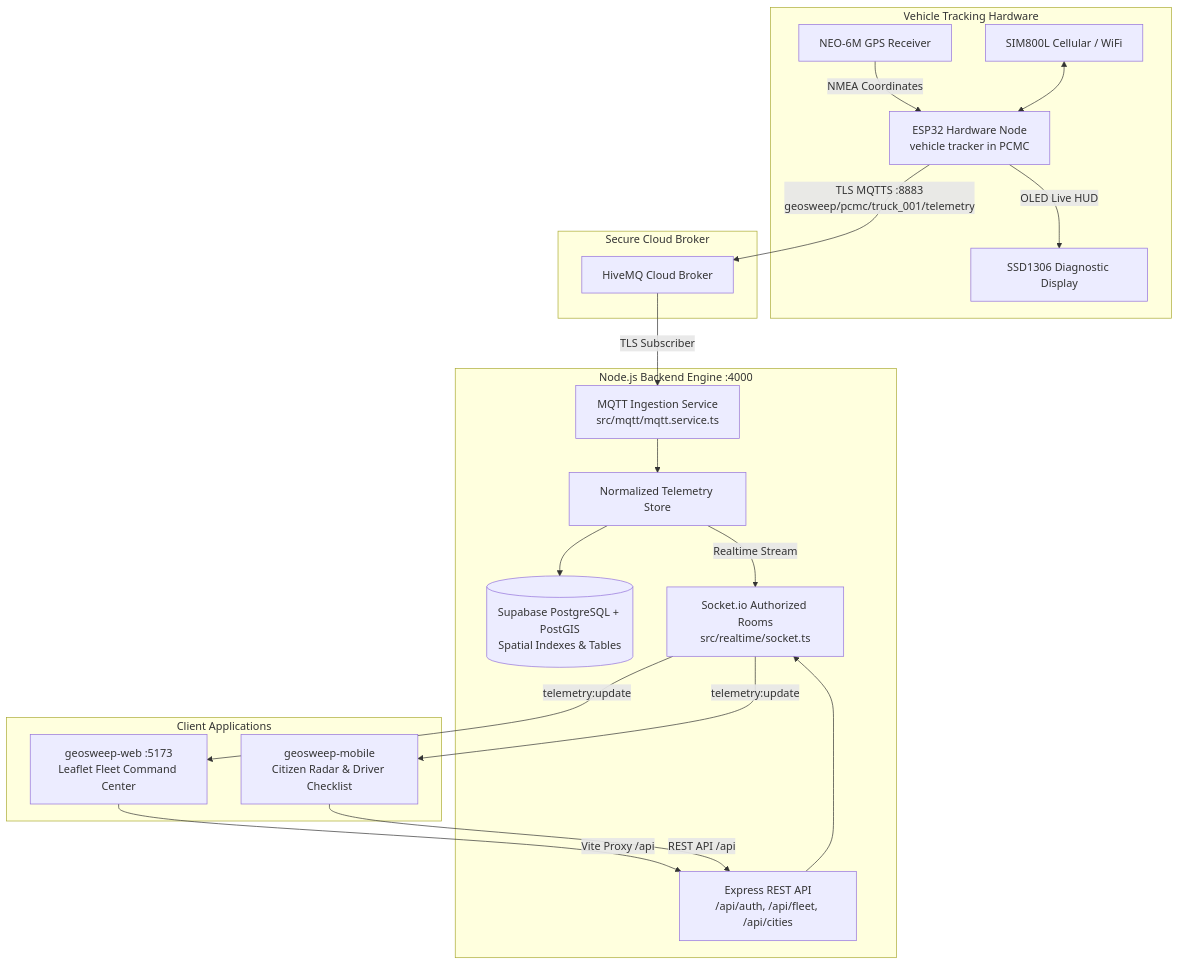
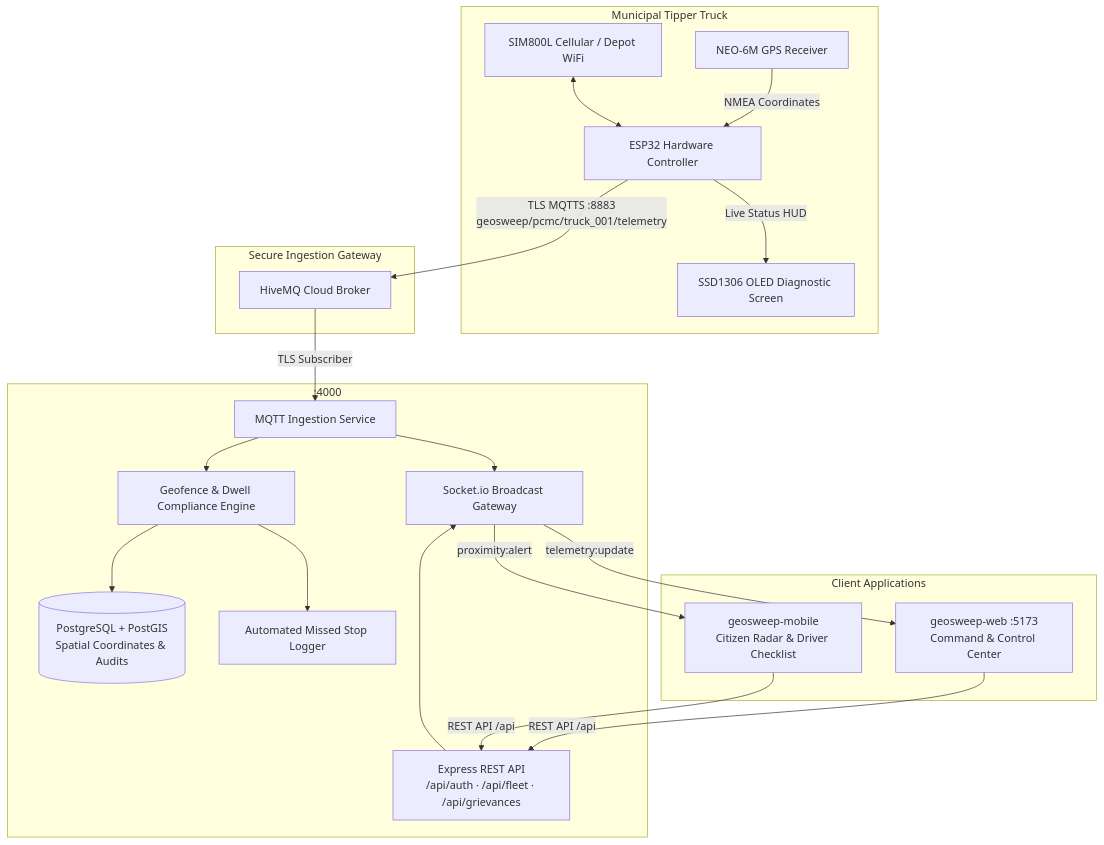
The diagram in README.md (GeoSweep/geosweep-workspace), drawn with Mermaid before and after one commit. The commit also changed other lines of this file and 5 other files, not shown here.

````diff
--- a/README.md
+++ b/README.md
@@ -31,27 +96,28 @@
 ```mermaid
 flowchart TD
-    subgraph Vehicle Tracking Hardware
-        GPS[NEO-6M GPS Receiver] -->|NMEA Coordinates| ESP32[ESP32 Hardware Node\nvehicle tracker in PCMC]
-        SIM[SIM800L Cellular / WiFi] <--> ESP32
-        ESP32 -->|OLED Live HUD| Screen[SSD1306 Diagnostic Display]
+    subgraph IoT Vehicle Node [Municipal Tipper Truck]
+        GPS[NEO-6M GPS Receiver] -->|NMEA Coordinates| ESP32[ESP32 Hardware Controller]
+        SIM[SIM800L Cellular / Depot WiFi] <--> ESP32
+        ESP32 -->|Live Status HUD| Screen[SSD1306 OLED Diagnostic Screen]
     end
 
-    subgraph Secure Cloud Broker
+    subgraph Secure Ingestion Gateway
         ESP32 -->|TLS MQTTS :8883\ngeosweep/pcmc/truck_001/telemetry| HiveMQ[HiveMQ Cloud Broker]
     end
 
-    subgraph Node.js Backend Engine :4000
-        HiveMQ -->|TLS Subscriber| Ingestion[MQTT Ingestion Service\nsrc/mqtt/mqtt.service.ts]
-        Ingestion --> TelemetryStore[Normalized Telemetry Store]
-        TelemetryStore --> PostGIS[(Supabase PostgreSQL + PostGIS\nSpatial Indexes & Tables)]
-        TelemetryStore -->|Realtime Stream| SocketServer[Socket.io Authorized Rooms\nsrc/realtime/socket.ts]
-        ExpressAPI[Express REST API\n/api/auth, /api/fleet, /api/cities] --> SocketServer
+    subgraph Enterprise Backend Service [:4000]
+        HiveMQ -->|TLS Subscriber| Ingestion[MQTT Ingestion Service]
+        Ingestion --> DwellEngine[Geofence & Dwell Compliance Engine]
+        DwellEngine --> PostGIS[(PostgreSQL + PostGIS\nSpatial Coordinates & Audits)]
+        DwellEngine --> IncidentService[Automated Missed Stop Logger]
+        Ingestion --> SocketServer[Socket.io Broadcast Gateway]
+        ExpressAPI[Express REST API\n/api/auth · /api/fleet · /api/grievances] --> SocketServer
     end
 
     subgraph Client Applications
-        SocketServer -->|telemetry:update| WebAdmin[geosweep-web :5173\nLeaflet Fleet Command Center]
-        SocketServer -->|telemetry:update| MobileApp[geosweep-mobile\nCitizen Radar & Driver Checklist]
-        WebAdmin -->|Vite Proxy /api| ExpressAPI
+        SocketServer -->|telemetry:update| WebAdmin[geosweep-web :5173\nCommand & Control Center]
+        SocketServer -->|proximity:alert| MobileApp[geosweep-mobile\nCitizen Radar & Driver Checklist]
+        WebAdmin -->|REST API /api| ExpressAPI
         MobileApp -->|REST API /api| ExpressAPI
     end
 ```
````
